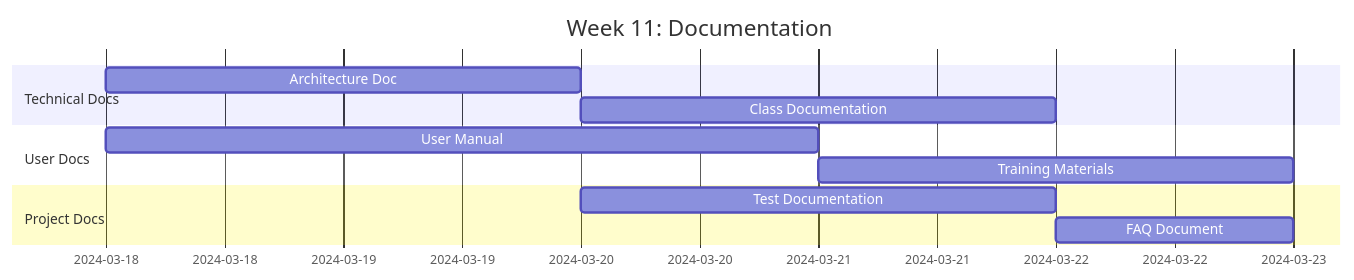
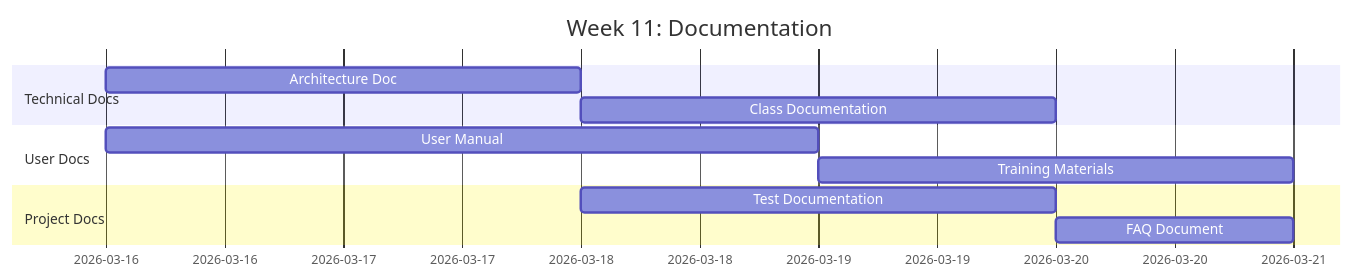
Before and after one commit to iouthnamain/tech-note: the first of 2 diagrams in SAP-Guides/Capstone/Employee-Leave-System/Phase4_Documentation_Presentation.md, drawn with Mermaid. The commit also changed other lines of this file and 96 other files, not shown here.

````diff
--- a/SAP-Guides/Capstone/Employee-Leave-System/Phase4_Documentation_Presentation.md
+++ b/SAP-Guides/Capstone/Employee-Leave-System/Phase4_Documentation_Presentation.md
@@ -25,14 +25,14 @@
 ```mermaid
 gantt
     title Week 11: Documentation
     dateFormat YYYY-MM-DD
     section Technical Docs
-    Architecture Doc      :a1, 2024-03-18, 2d
+    Architecture Doc      :a1, 2026-03-16, 2d
     Class Documentation   :a2, after a1, 2d
     section User Docs
-    User Manual           :b1, 2024-03-18, 3d
+    User Manual           :b1, 2026-03-16, 3d
     Training Materials    :b2, after b1, 2d
     section Project Docs
-    Test Documentation    :c1, 2024-03-20, 2d
+    Test Documentation    :c1, 2026-03-18, 2d
     FAQ Document          :c2, after c1, 1d
 ```
````
